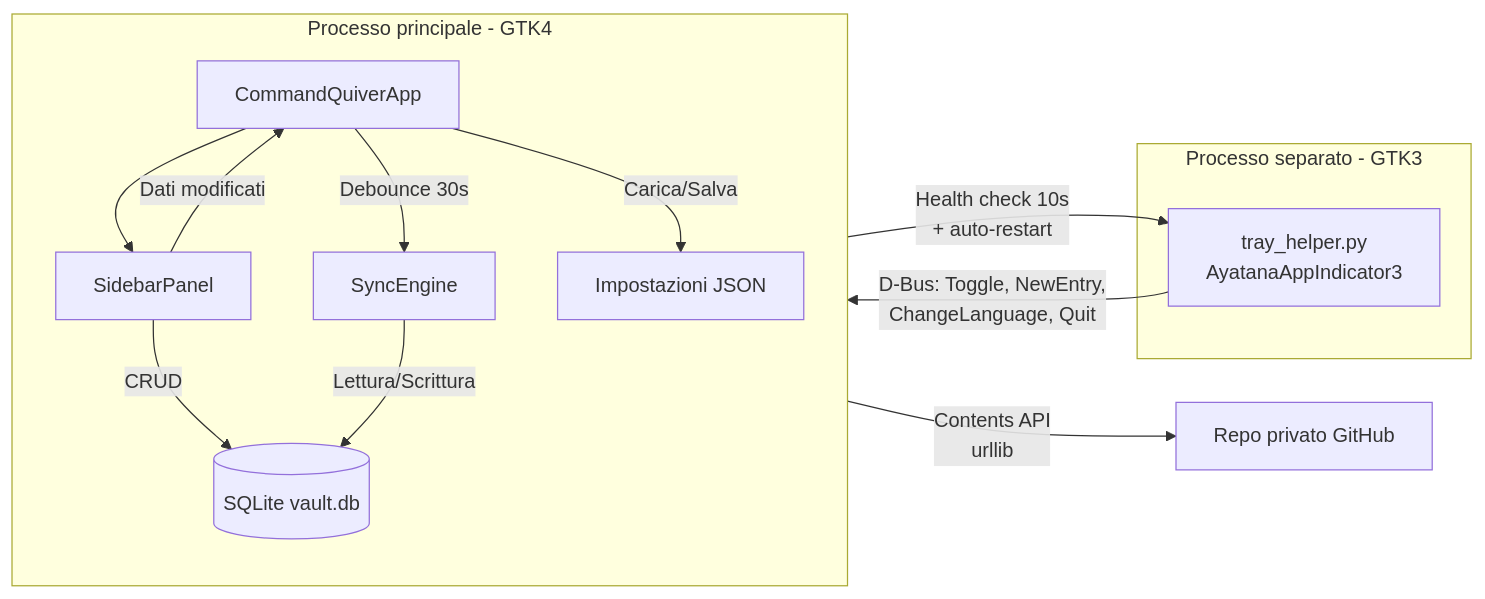
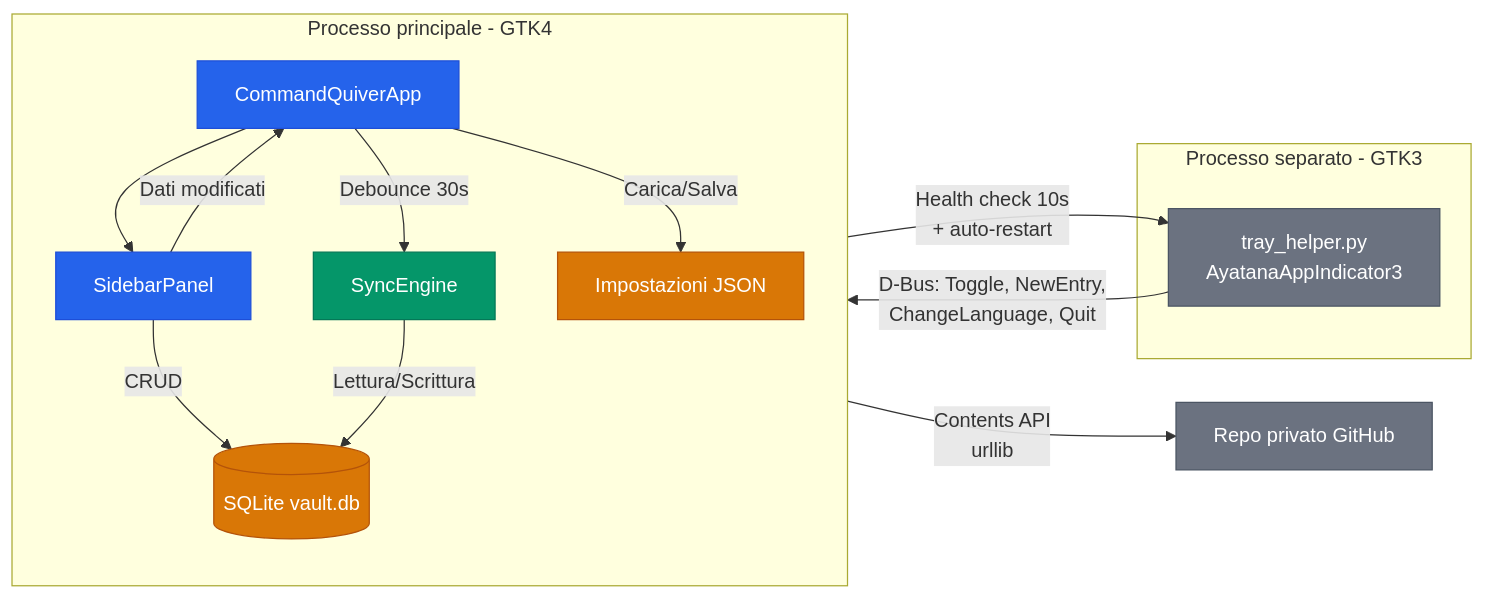
One commit to AndreaBonn/command-quiver changed the first of 2 diagrams in README.it.md. Above: the diagram before and after it, drawn with Mermaid. The commit also changed 3 other files, not shown here.

First line of the commit message:
style(docs): add semantic classDef colors to Mermaid flowcharts

````diff
--- a/README.it.md
+++ b/README.it.md
@@ -24,27 +24,38 @@
 ```mermaid
+%%{init: {'theme': 'default'}}%%
 graph LR
   subgraph main_proc["Processo principale - GTK4"]
     direction TB
     app["CommandQuiverApp"]
     sidebar["SidebarPanel"]
     sync_eng["SyncEngine"]
     db[("SQLite vault.db")]
     settings["Impostazioni JSON"]
   end
 
   subgraph tray_proc["Processo separato - GTK3"]
     tray["tray_helper.py<br/>AyatanaAppIndicator3"]
   end
 
   github["Repo privato GitHub"]
 
   tray -->|"D-Bus: Toggle, NewEntry,<br/>ChangeLanguage, Quit"| app
   app -->|"Health check 10s<br/>+ auto-restart"| tray
   app --> sidebar
   sidebar -->|"CRUD"| db
   sidebar -->|"Dati modificati"| app
   app -->|"Debounce 30s"| sync_eng
   sync_eng -->|"Lettura/Scrittura"| db
   sync_eng -->|"Contents API<br/>urllib"| github
   app -->|"Carica/Salva"| settings
+
+  classDef core fill:#2563eb,stroke:#1d4ed8,color:#fff
+  classDef data fill:#d97706,stroke:#b45309,color:#fff
+  classDef ext fill:#6b7280,stroke:#4b5563,color:#fff
+  classDef engine fill:#059669,stroke:#047857,color:#fff
+
+  class app,sidebar core
+  class db,settings data
+  class github,tray ext
+  class sync_eng engine
 ```
````
